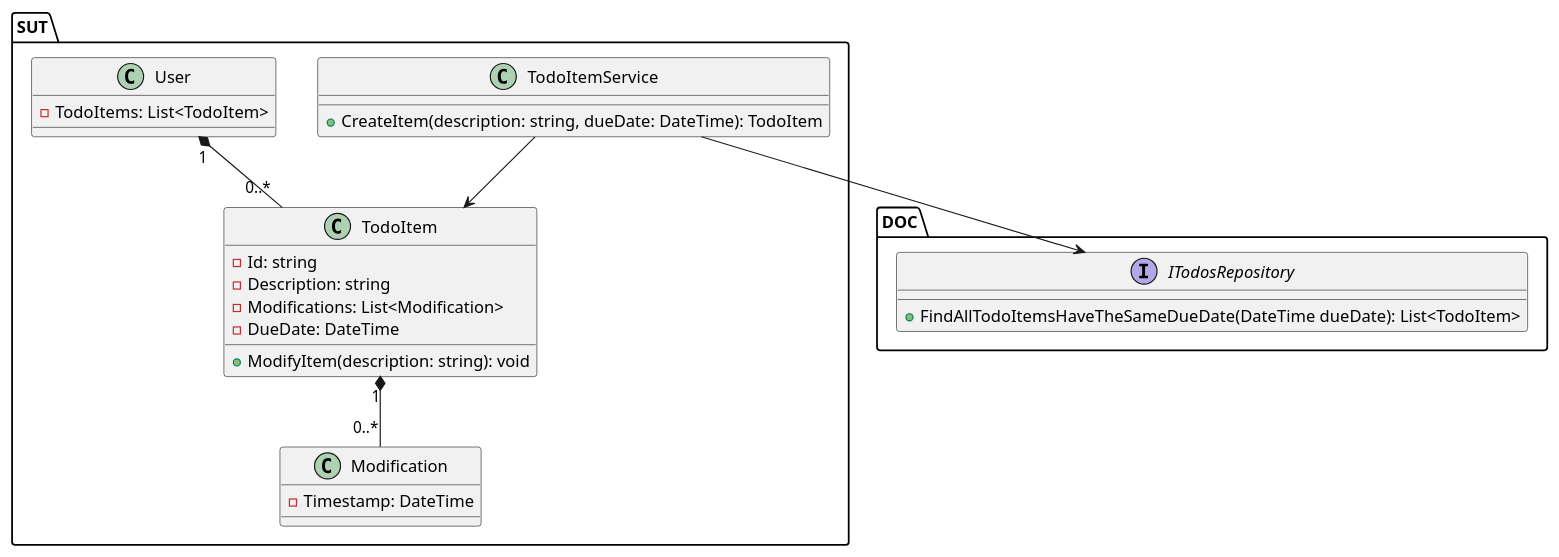
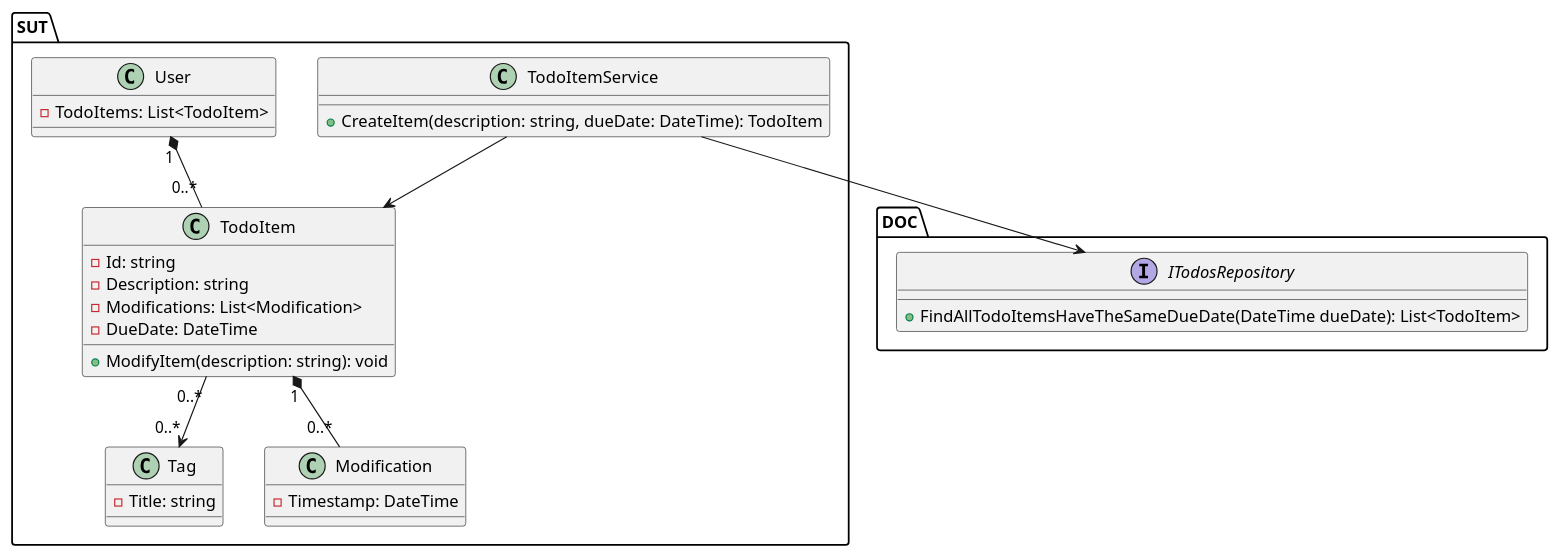
One commit to BGC-BootCamp-Team1/TodoItems changed the diagram in design/core.puml. Above: the diagram before and after it, drawn with PlantUML. The commit also changed 1 other file, not shown here.

Commit message:
feat: add tag to diagram

```diff
--- a/design/core.puml
+++ b/design/core.puml
@@ -1,32 +1,35 @@
 @startuml
 package SUT{
 class User{
     - TodoItems: List<TodoItem>
 }
 
 class TodoItem {
     - Id: string
     - Description: string
     - Modifications: List<Modification> 
     - DueDate: DateTime
     + ModifyItem(description: string): void
 }
 
 class TodoItemService {
     + CreateItem(description: string, dueDate: DateTime): TodoItem
 }
- 
+class Tag{
+    - Title: string
+}
 class Modification{
     - Timestamp: DateTime
 }
 }
 package DOC{
 interface ITodosRepository{
     + FindAllTodoItemsHaveTheSameDueDate(DateTime dueDate): List<TodoItem>
     }
 }
 User"1" *-- "0..*" TodoItem
 TodoItem "1" *-- "0..*" Modification
+TodoItem "0..*" --> "0..*" Tag
 TodoItemService --> ITodosRepository
 TodoItemService --> TodoItem
 @enduml
```
